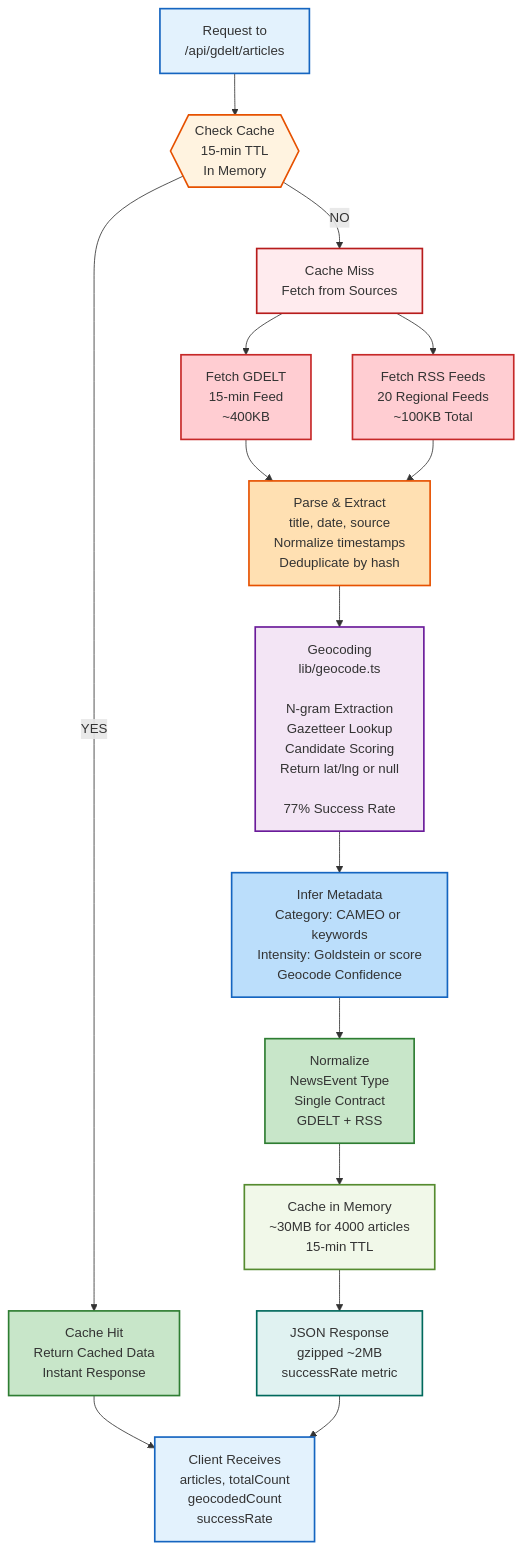
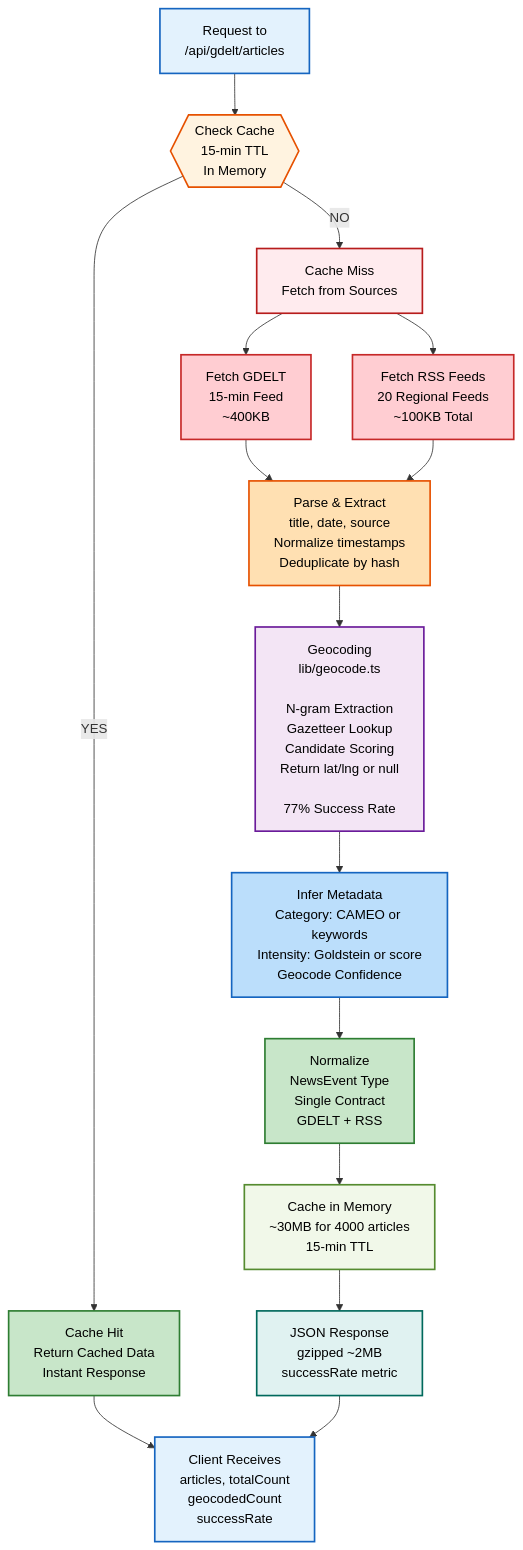
The diagram in app/api/README.md (JyotirmoyDas05/AakashSanchar), drawn with Mermaid before and after one commit. The commit also changed 4 other files, not shown here.

First line of the commit message:
Fix low-contrast text in Mermaid diagrams

````diff
--- a/app/api/README.md
+++ b/app/api/README.md
@@ -168,56 +168,56 @@
 ```mermaid
 graph TD
     START["Request to<br/>/api/gdelt/articles"]
     
     CACHE{{"Check Cache<br/>15-min TTL<br/>In Memory"}}
     
     HIT["Cache Hit<br/>Return Cached Data<br/>Instant Response"]
     
     MISS["Cache Miss<br/>Fetch from Sources"]
     
     FETCH1["Fetch GDELT<br/>15-min Feed<br/>~400KB"]
     FETCH2["Fetch RSS Feeds<br/>20 Regional Feeds<br/>~100KB Total"]
     
     PARSE["Parse & Extract<br/>title, date, source<br/>Normalize timestamps<br/>Deduplicate by hash"]
     
     GEOCODE["Geocoding<br/>lib/geocode.ts<br/><br/>N-gram Extraction<br/>Gazetteer Lookup<br/>Candidate Scoring<br/>Return lat/lng or null<br/><br/>77% Success Rate"]
     
     INFER["Infer Metadata<br/>Category: CAMEO or keywords<br/>Intensity: Goldstein or score<br/>Geocode Confidence"]
     
     NORMALIZE["Normalize<br/>NewsEvent Type<br/>Single Contract<br/>GDELT + RSS"]
     
     CACHE_STORE["Cache in Memory<br/>~30MB for 4000 articles<br/>15-min TTL"]
     
     RESPONSE["JSON Response<br/>gzipped ~2MB<br/>successRate metric"]
     
     END["Client Receives<br/>articles, totalCount<br/>geocodedCount<br/>successRate"]
     
     START --> CACHE
     CACHE -->|YES| HIT
     CACHE -->|NO| MISS
     HIT --> END
     MISS --> FETCH1
     MISS --> FETCH2
     FETCH1 --> PARSE
     FETCH2 --> PARSE
     PARSE --> GEOCODE
     GEOCODE --> INFER
     INFER --> NORMALIZE
     NORMALIZE --> CACHE_STORE
     CACHE_STORE --> RESPONSE
     RESPONSE --> END
     
-    style START fill:#e3f2fd,stroke:#1565c0,stroke-width:2px
-    style CACHE fill:#fff3e0,stroke:#e65100,stroke-width:2px
-    style HIT fill:#c8e6c9,stroke:#2e7d32,stroke-width:2px
-    style MISS fill:#ffebee,stroke:#b71c1c,stroke-width:2px
-    style FETCH1 fill:#ffcdd2,stroke:#c62828,stroke-width:2px
-    style FETCH2 fill:#ffcdd2,stroke:#c62828,stroke-width:2px
-    style PARSE fill:#ffe0b2,stroke:#e65100,stroke-width:2px
-    style GEOCODE fill:#f3e5f5,stroke:#6a1b9a,stroke-width:2px
-    style INFER fill:#bbdefb,stroke:#1565c0,stroke-width:2px
-    style NORMALIZE fill:#c8e6c9,stroke:#2e7d32,stroke-width:2px
-    style CACHE_STORE fill:#f1f8e9,stroke:#558b2f,stroke-width:2px
-    style RESPONSE fill:#e0f2f1,stroke:#00695c,stroke-width:2px
-    style END fill:#e3f2fd,stroke:#1565c0,stroke-width:2px
+    style START fill:#e3f2fd,stroke:#1565c0,stroke-width:2px,color:#000000
+    style CACHE fill:#fff3e0,stroke:#e65100,stroke-width:2px,color:#000000
+    style HIT fill:#c8e6c9,stroke:#2e7d32,stroke-width:2px,color:#000000
+    style MISS fill:#ffebee,stroke:#b71c1c,stroke-width:2px,color:#000000
+    style FETCH1 fill:#ffcdd2,stroke:#c62828,stroke-width:2px,color:#000000
+    style FETCH2 fill:#ffcdd2,stroke:#c62828,stroke-width:2px,color:#000000
+    style PARSE fill:#ffe0b2,stroke:#e65100,stroke-width:2px,color:#000000
+    style GEOCODE fill:#f3e5f5,stroke:#6a1b9a,stroke-width:2px,color:#000000
+    style INFER fill:#bbdefb,stroke:#1565c0,stroke-width:2px,color:#000000
+    style NORMALIZE fill:#c8e6c9,stroke:#2e7d32,stroke-width:2px,color:#000000
+    style CACHE_STORE fill:#f1f8e9,stroke:#558b2f,stroke-width:2px,color:#000000
+    style RESPONSE fill:#e0f2f1,stroke:#00695c,stroke-width:2px,color:#000000
+    style END fill:#e3f2fd,stroke:#1565c0,stroke-width:2px,color:#000000
 ```
````
